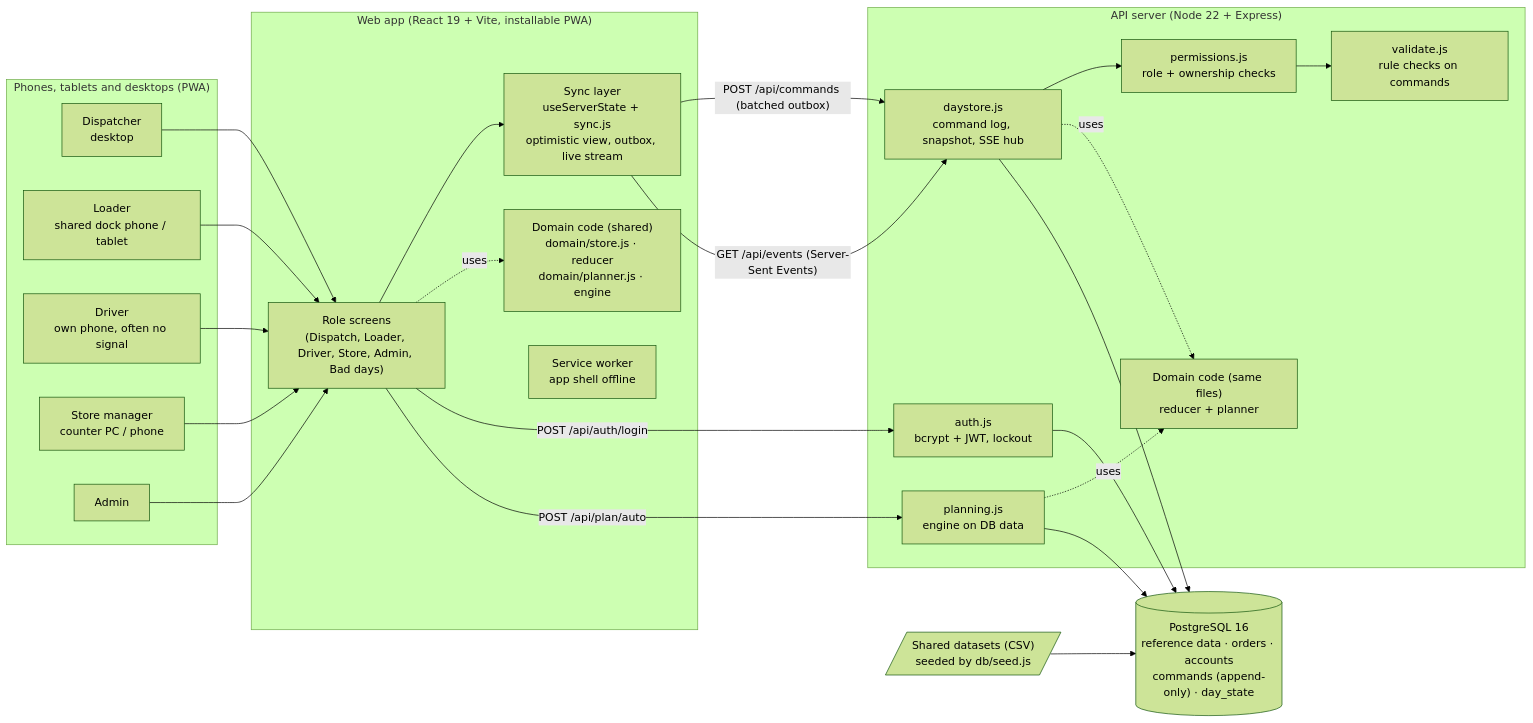
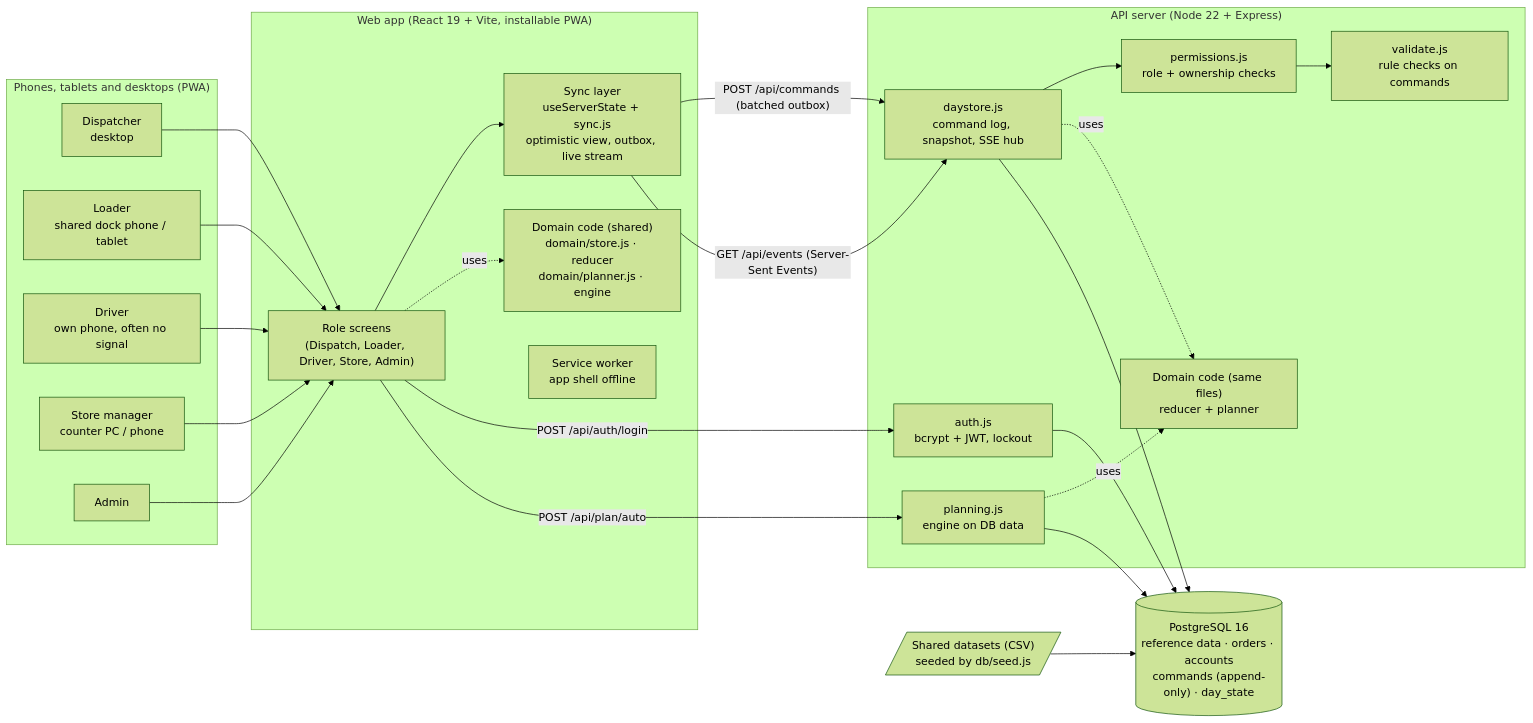
One commit to Shinthurie/MindRoot_WaypointOne changed the first of 2 diagrams in docs/architecture.md. Above: the diagram before and after it, drawn with Mermaid (forest theme). The commit also changed 18 other files, not shown here.

````diff
--- a/docs/architecture.md
+++ b/docs/architecture.md
@@ -9,42 +9,42 @@
 ```mermaid
 flowchart LR
   subgraph Devices["Phones, tablets and desktops (PWA)"]
     D["Dispatcher<br/>desktop"]
     L["Loader<br/>shared dock phone / tablet"]
     R["Driver<br/>own phone, often no signal"]
     S["Store manager<br/>counter PC / phone"]
     A["Admin"]
   end
 
   subgraph App["Web app (React 19 + Vite, installable PWA)"]
-    UI["Role screens<br/>(Dispatch, Loader, Driver, Store, Admin, Bad days)"]
+    UI["Role screens<br/>(Dispatch, Loader, Driver, Store, Admin)"]
     SYNC["Sync layer<br/>useServerState + sync.js<br/>optimistic view, outbox, live stream"]
     DOM1["Domain code (shared)<br/>domain/store.js · reducer<br/>domain/planner.js · engine"]
     SW["Service worker<br/>app shell offline"]
   end
 
   subgraph Server["API server (Node 22 + Express)"]
     AUTH["auth.js<br/>bcrypt + JWT, lockout"]
     PERM["permissions.js<br/>role + ownership checks"]
     VAL["validate.js<br/>rule checks on commands"]
     DAY["daystore.js<br/>command log, snapshot, SSE hub"]
     PLAN["planning.js<br/>engine on DB data"]
     DOM2["Domain code (same files)<br/>reducer + planner"]
   end
 
   DB[("PostgreSQL 16<br/>reference data · orders · accounts<br/>commands (append-only) · day_state")]
   DATA[/"Shared datasets (CSV)<br/>seeded by db/seed.js"/]
 
   D & L & R & S & A --> UI
   UI --> SYNC
   UI -.uses.-> DOM1
   SYNC -- "POST /api/commands (batched outbox)" --> DAY
   SYNC -- "GET /api/events (Server-Sent Events)" --> DAY
   UI -- "POST /api/auth/login" --> AUTH
   UI -- "POST /api/plan/auto" --> PLAN
   DAY --> PERM --> VAL
   DAY -.uses.-> DOM2
   PLAN -.uses.-> DOM2
   AUTH & DAY & PLAN --> DB
   DATA --> DB
 ```
````
